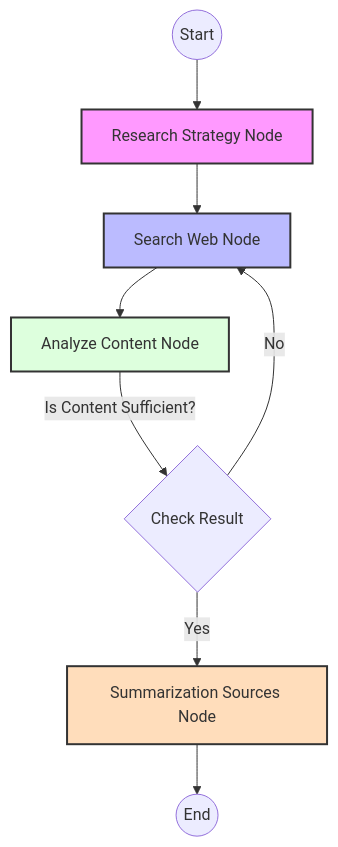
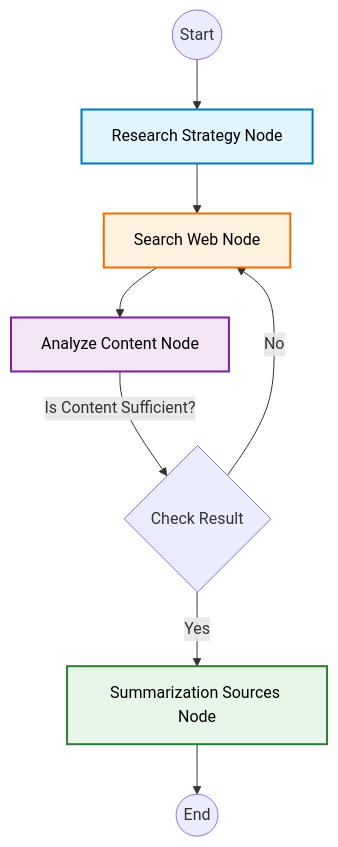
Before and after one commit to dongiveajack/deep-research-agent: the diagram in README.md, drawn with Mermaid.

Commit message:
changed to mermaid design in readme

````diff
--- a/README.md
+++ b/README.md
@@ -46,17 +46,17 @@
 ```mermaid
 graph TD
     START((Start)) --> research_strategy[Research Strategy Node]
     research_strategy --> search_web[Search Web Node]
     search_web --> analyze_content[Analyze Content Node]
     
     analyze_content -->|Is Content Sufficient?| check{Check Result}
     check -->|Yes| summarize[Summarization Sources Node]
     check -->|No| search_web
     
     summarize --> END((End))
     
-    style research_strategy fill:#f9f,stroke:#333,stroke-width:2px
-    style search_web fill:#bbf,stroke:#333,stroke-width:2px
-    style analyze_content fill:#dfd,stroke:#333,stroke-width:2px
-    style summarize fill:#fdb,stroke:#333,stroke-width:2px
+    style research_strategy fill:#E1F5FE,stroke:#0277BD,stroke-width:2px,color:#000
+    style search_web fill:#FFF3E0,stroke:#EF6C00,stroke-width:2px,color:#000
+    style analyze_content fill:#F3E5F5,stroke:#7B1FA2,stroke-width:2px,color:#000
+    style summarize fill:#E8F5E9,stroke:#2E7D32,stroke-width:2px,color:#000
 ```
````
